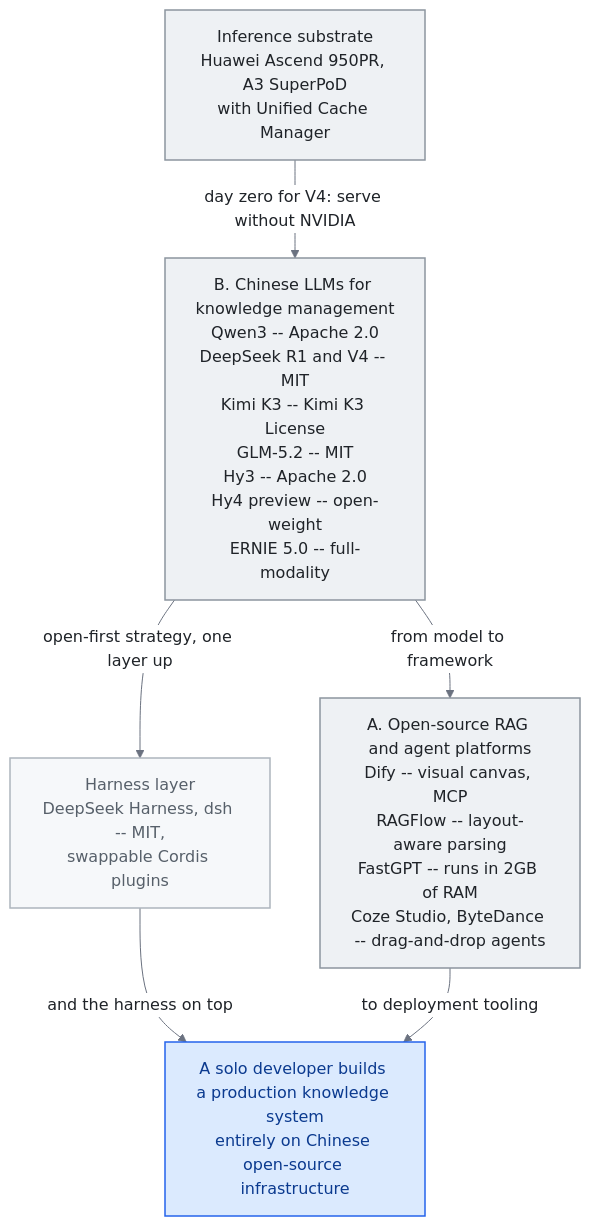
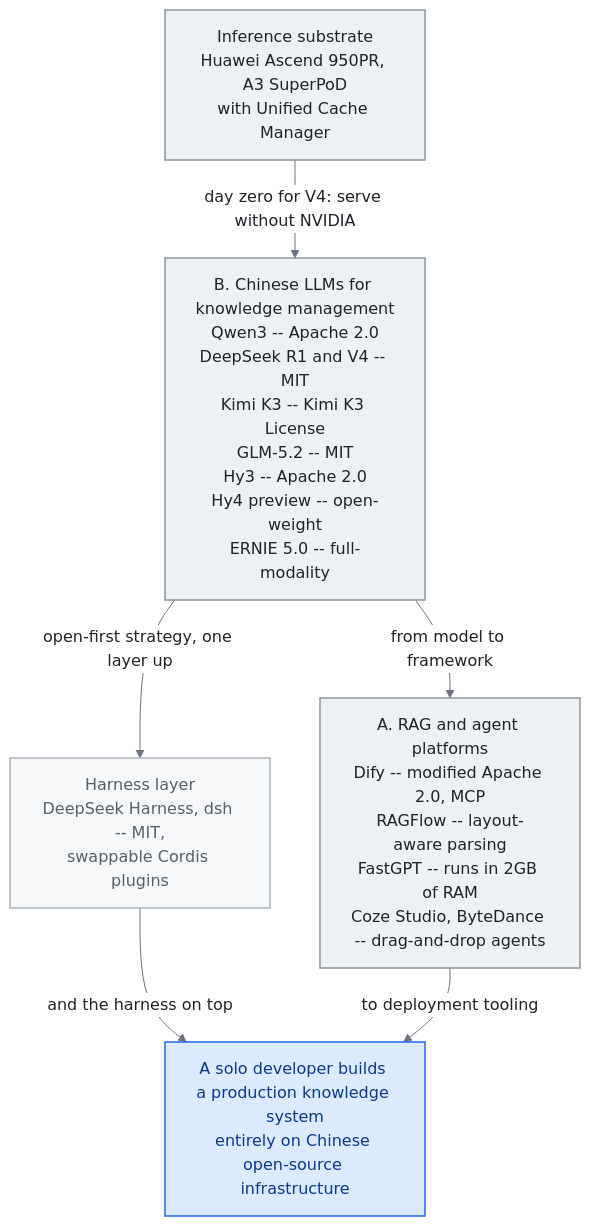
Before and after one commit to kennethlaw325/awesome-llm-knowledge-systems: the diagram in chapters/09-china-ecosystem.md, drawn with Mermaid. The commit also changed other lines of this file and 50 other files, not shown here.

````diff
--- a/chapters/09-china-ecosystem.md
+++ b/chapters/09-china-ecosystem.md
@@ -11,21 +11,21 @@
 ```mermaid
 %%{init: {'theme':'base','themeVariables':{'primaryColor':'#eef1f4','primaryTextColor':'#1f2328','primaryBorderColor':'#8c959f','lineColor':'#6b7280','tertiaryColor':'#f6f8fa','clusterBkg':'#f9fafb','clusterBorder':'#8c959f','edgeLabelBackground':'#ffffff'}}}%%
 flowchart TB
     ASCEND["Inference substrate<br/>Huawei Ascend 950PR, A3 SuperPoD<br/>with Unified Cache Manager"]
     MODELS["B. Chinese LLMs for knowledge management<br/>Qwen3 -- Apache 2.0<br/>DeepSeek R1 and V4 -- MIT<br/>Kimi K3 -- Kimi K3 License<br/>GLM-5.2 -- MIT<br/>Hy3 -- Apache 2.0<br/>Hy4 preview -- open-weight<br/>ERNIE 5.0 -- full-modality"]
     DSH["Harness layer<br/>DeepSeek Harness, dsh -- MIT,<br/>swappable Cordis plugins"]
-    PLATFORMS["A. Open-source RAG and agent platforms<br/>Dify -- visual canvas, MCP<br/>RAGFlow -- layout-aware parsing<br/>FastGPT -- runs in 2GB of RAM<br/>Coze Studio, ByteDance -- drag-and-drop agents"]
+    PLATFORMS["A. RAG and agent platforms<br/>Dify -- modified Apache 2.0, MCP<br/>RAGFlow -- layout-aware parsing<br/>FastGPT -- runs in 2GB of RAM<br/>Coze Studio, ByteDance -- drag-and-drop agents"]
     OUT["A solo developer builds a production knowledge system<br/>entirely on Chinese open-source infrastructure"]
     ASCEND -->|day zero for V4: serve without NVIDIA| MODELS
     MODELS -->|open-first strategy, one layer up| DSH
     MODELS -->|from model to framework| PLATFORMS
     DSH -->|and the harness on top| OUT
     PLATFORMS -->|to deployment tooling| OUT
     class ASCEND,MODELS,PLATFORMS stable
     class DSH muted
     class OUT accent
 classDef stable fill:#eef1f4,stroke:#8c959f,stroke-width:1.5px,color:#1f2328
 classDef accent fill:#dbeafe,stroke:#2563eb,stroke-width:1.5px,color:#0b3a8f
 classDef muted fill:#f6f8fa,stroke:#adb5bd,stroke-width:1.5px,color:#57606a
 classDef gate fill:#ffffff,stroke:#2563eb,stroke-width:1.5px,color:#0b3a8f
 ```
````
